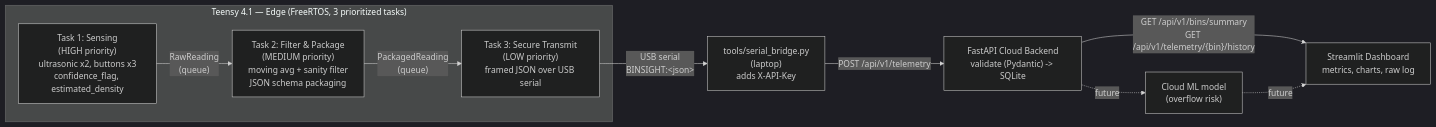
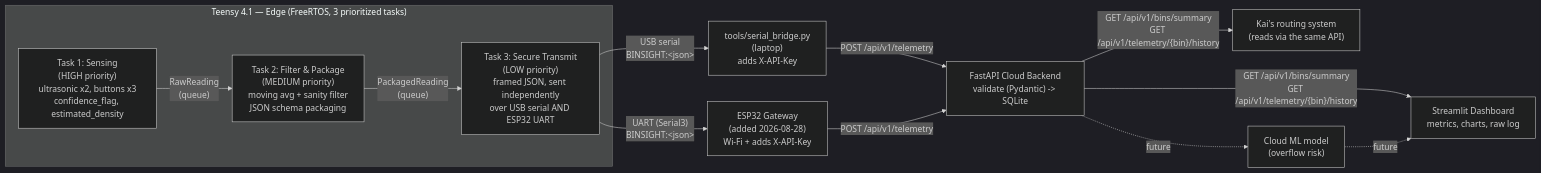
The diagram in hardware_pipeline/README.md (Rover-Panto/BinSight), drawn with Mermaid (dark theme) before and after one commit. The commit also changed other lines of this file and 9 other files, not shown here.

Commit message:
Add optional ESP32 Wi-Fi gateway as a second transport alongside the USB-serial bridge

````diff
--- a/hardware_pipeline/README.md
+++ b/hardware_pipeline/README.md
@@ -29,16 +29,19 @@
 ```mermaid
 flowchart LR
     subgraph Teensy41["Teensy 4.1 — Edge (FreeRTOS, 3 prioritized tasks)"]
         T1["Task 1: Sensing\n(HIGH priority)\nultrasonic x2, buttons x3\nconfidence_flag, estimated_density"]
         T2["Task 2: Filter & Package\n(MEDIUM priority)\nmoving avg + sanity filter\nJSON schema packaging"]
-        T3["Task 3: Secure Transmit\n(LOW priority)\nframed JSON over USB serial"]
+        T3["Task 3: Secure Transmit\n(LOW priority)\nframed JSON, sent independently\nover USB serial AND ESP32 UART"]
         T1 -- "RawReading\n(queue)" --> T2
         T2 -- "PackagedReading\n(queue)" --> T3
     end
 
     T3 -- "USB serial\nBINSIGHT:&lt;json&gt;" --> BRIDGE["tools/serial_bridge.py\n(laptop)\nadds X-API-Key"]
+    T3 -- "UART (Serial3)\nBINSIGHT:&lt;json&gt;" --> ESP["ESP32 Gateway\n(added 2026-08-28)\nWi-Fi + adds X-API-Key"]
     BRIDGE -- "POST /api/v1/telemetry" --> API["FastAPI Cloud Backend\nvalidate (Pydantic) -> SQLite"]
+    ESP -- "POST /api/v1/telemetry" --> API
     API -- "GET /api/v1/bins/summary\nGET /api/v1/telemetry/{bin}/history" --> DASH["Streamlit Dashboard\nmetrics, charts, raw log"]
+    API -- "GET /api/v1/bins/summary\nGET /api/v1/telemetry/{bin}/history" --> ROUTE["Kai's routing system\n(reads via the same API)"]
     API -.future.-> ML["Cloud ML model\n(overflow risk)"]
     ML -.future.-> DASH
 ```
````
